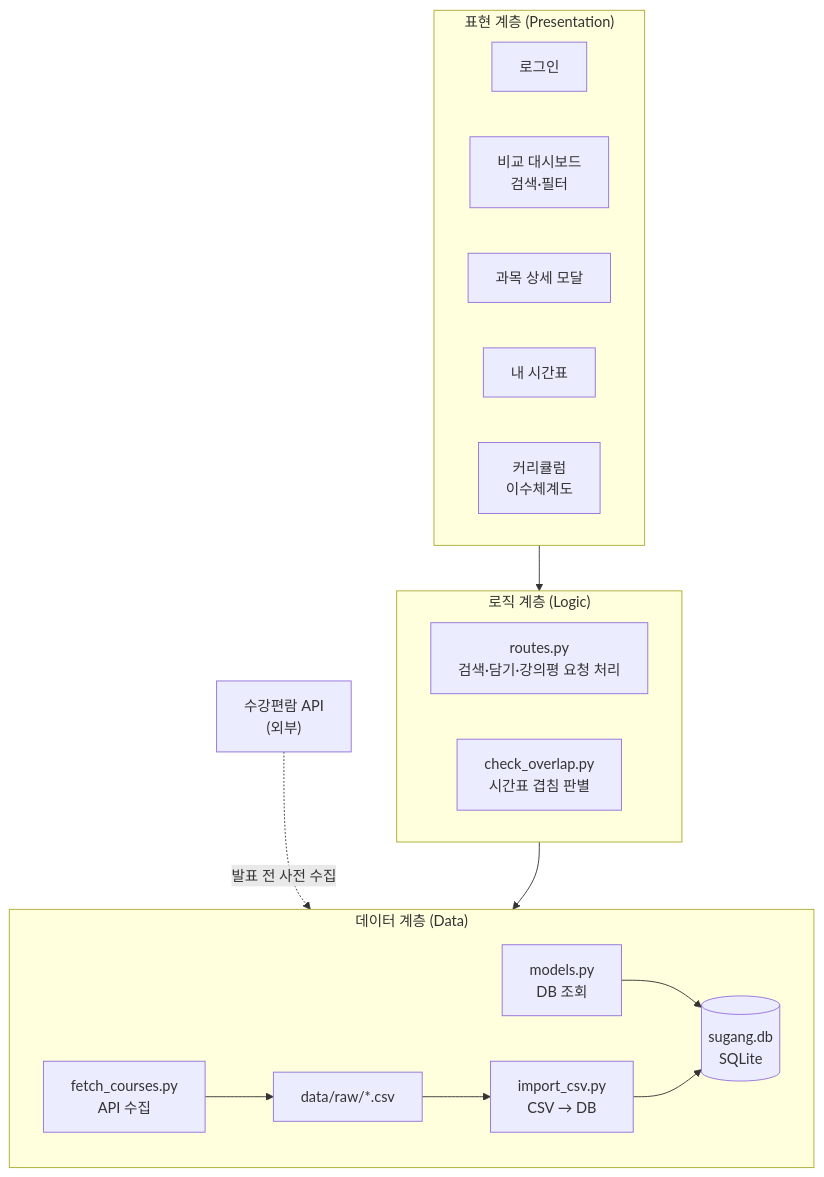
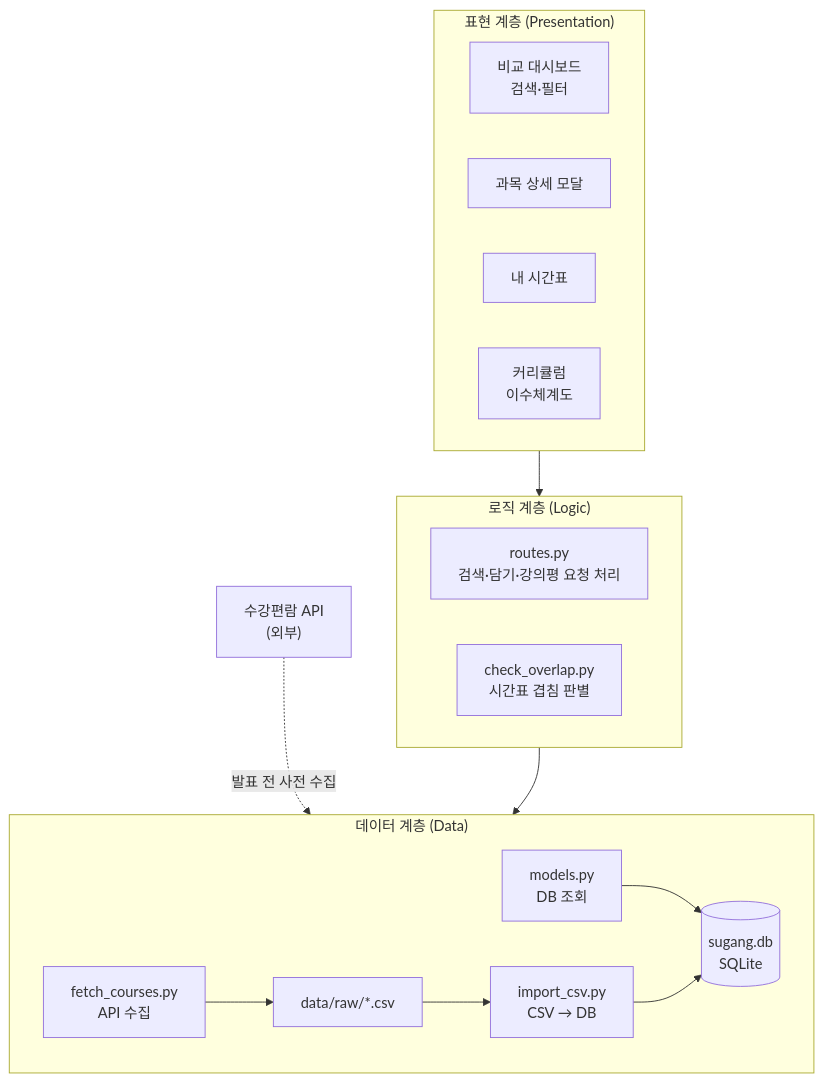
One commit to Junseok626/aix-2026f-team12 changed the diagram in docs/week-07.md. Above: the diagram before and after it, drawn with Mermaid.

Commit message:
delete login

````diff
--- a/docs/week-07.md
+++ b/docs/week-07.md
@@ -11,36 +11,36 @@
 ```mermaid
 flowchart TB
     subgraph P["표현 계층 (Presentation)"]
         direction LR
-        P1["로그인"]
-        P2["비교 대시보드<br/>검색·필터"]
-        P3["과목 상세 모달"]
-        P4["내 시간표"]
-        P5["커리큘럼<br/>이수체계도"]
+       
+        P1["비교 대시보드<br/>검색·필터"]
+        P2["과목 상세 모달"]
+        P3["내 시간표"]
+        P4["커리큘럼<br/>이수체계도"]
     end
 
     subgraph L["로직 계층 (Logic)"]
         direction LR
         L1["routes.py<br/>검색·담기·강의평 요청 처리"]
         L2["check_overlap.py<br/>시간표 겹침 판별"]
     end
 
     subgraph D["데이터 계층 (Data)"]
         direction LR
         D1["models.py<br/>DB 조회"]
         D2[("sugang.db<br/>SQLite")]
         D3["import_csv.py<br/>CSV → DB"]
         D4["data/raw/*.csv"]
         D5["fetch_courses.py<br/>API 수집"]
         D1 --> D2
         D3 --> D2
         D4 --> D3
         D5 --> D4
     end
 
     EXT["수강편람 API<br/>(외부)"]
 
     P --> L
     L --> D
     EXT -.->|"발표 전 사전 수집"| D5
 ```
````
